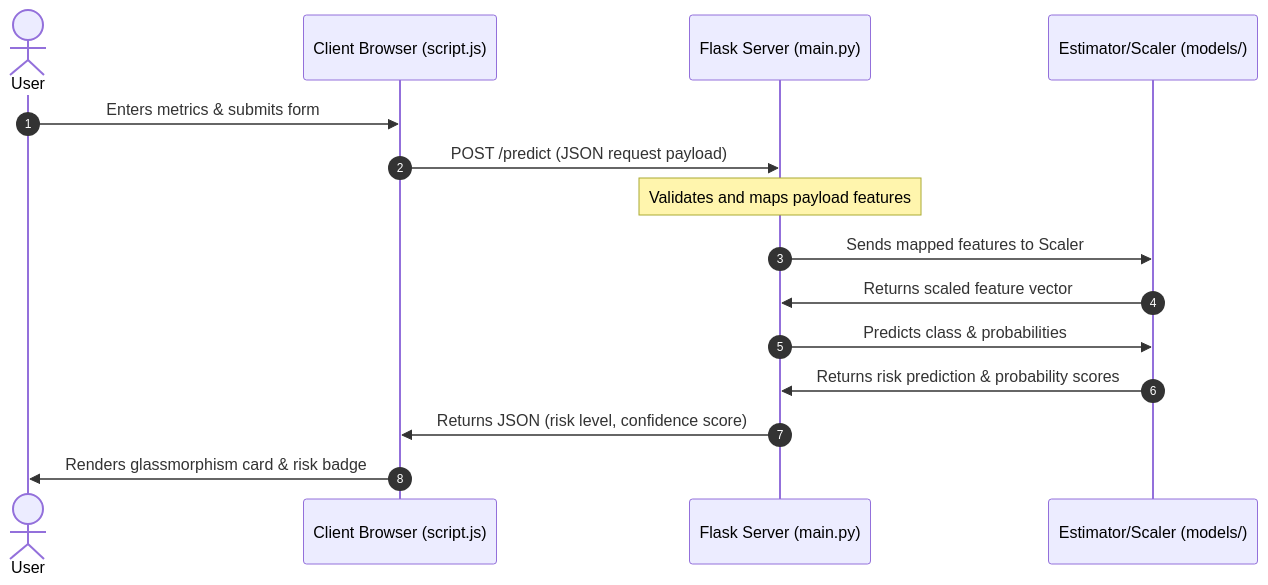
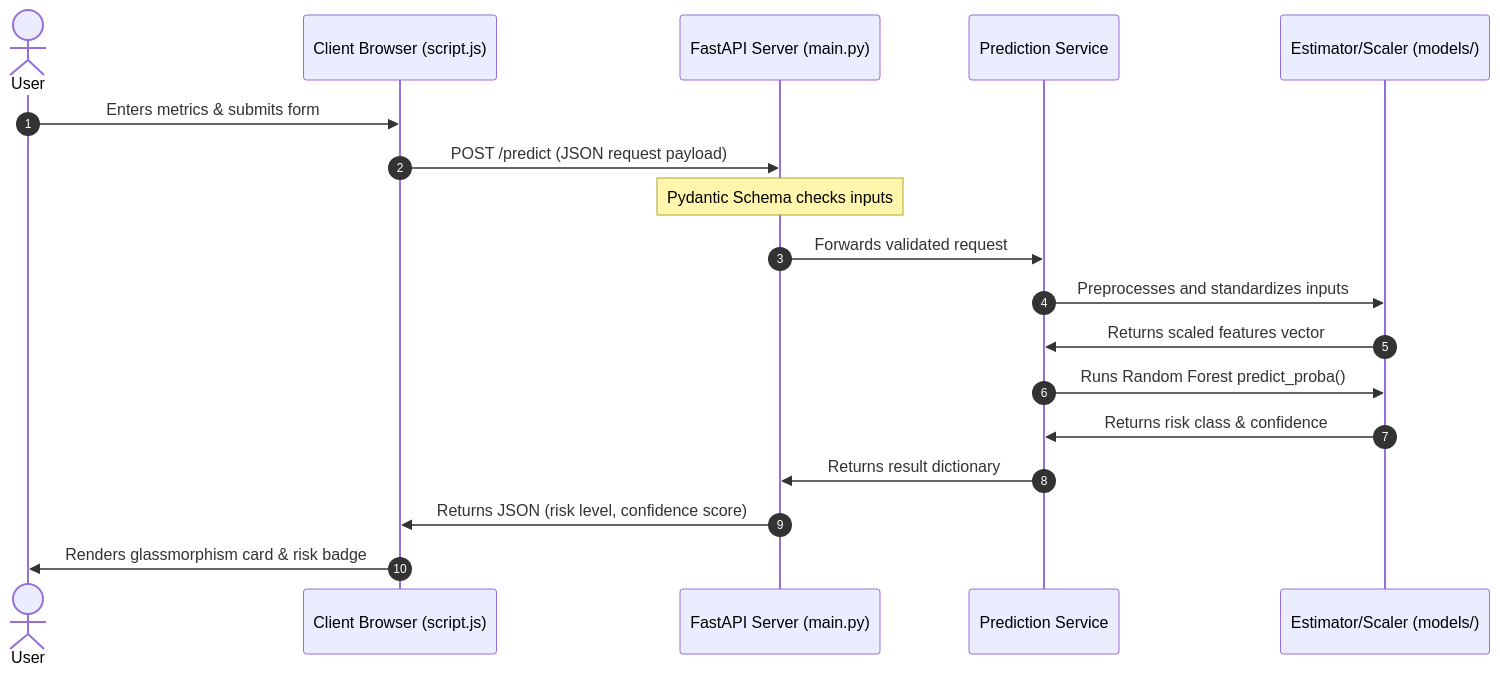
One commit to spandanchatterjee9/GENETIC_ML changed the diagram in docs/PROJECT_STRUCTURE.md. Above: the diagram before and after it, drawn with Mermaid. The commit also changed other lines of this file and 16 other files, not shown here.

Commit message:
docs: complete production architecture documentation, outputs regeneration, and cleanup

````diff
--- a/docs/PROJECT_STRUCTURE.md
+++ b/docs/PROJECT_STRUCTURE.md
@@ -61,18 +75,21 @@
 ```mermaid
 sequenceDiagram
     autonumber
     actor User
     participant Browser as Client Browser (script.js)
-    participant Flask as Flask Server (main.py)
+    participant FastAPI as FastAPI Server (main.py)
+    participant Service as Prediction Service
     participant Model as Estimator/Scaler (models/)
 
     User->>Browser: Enters metrics & submits form
-    Browser->>Flask: POST /predict (JSON request payload)
-    Note over Flask: Validates and maps payload features
-    Flask->>Model: Sends mapped features to Scaler
-    Model->>Flask: Returns scaled feature vector
-    Flask->>Model: Predicts class & probabilities
-    Model->>Flask: Returns risk prediction & probability scores
-    Flask->>Browser: Returns JSON (risk level, confidence score)
+    Browser->>FastAPI: POST /predict (JSON request payload)
+    Note over FastAPI: Pydantic Schema checks inputs
+    FastAPI->>Service: Forwards validated request
+    Service->>Model: Preprocesses and standardizes inputs
+    Model->>Service: Returns scaled features vector
+    Service->>Model: Runs Random Forest predict_proba()
+    Model->>Service: Returns risk class & confidence
+    Service->>FastAPI: Returns result dictionary
+    FastAPI->>Browser: Returns JSON (risk level, confidence score)
     Browser->>User: Renders glassmorphism card & risk badge
 ```
````
